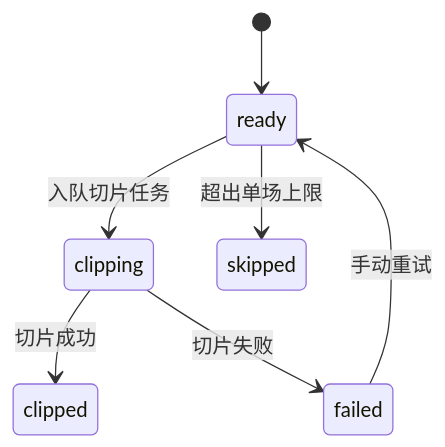
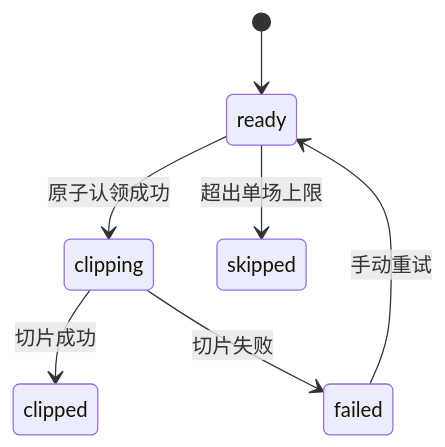
Before and after one commit to wyunlong2000/bili-shadowreplay: the second of 3 diagrams in docs/automation-plan/douyin-automation-detailed-design.md, drawn with Mermaid. The commit also changed other lines of this file and 1 other file, not shown here.

````diff
--- a/docs/automation-plan/douyin-automation-detailed-design.md
+++ b/docs/automation-plan/douyin-automation-detailed-design.md
@@ -295,9 +328,9 @@
 ```mermaid
 stateDiagram-v2
     [*] --> ready
-    ready --> clipping: 入队切片任务
+    ready --> clipping: 原子认领成功
     clipping --> clipped: 切片成功
     clipping --> failed: 切片失败
     failed --> ready: 手动重试
     ready --> skipped: 超出单场上限
 ```
````
